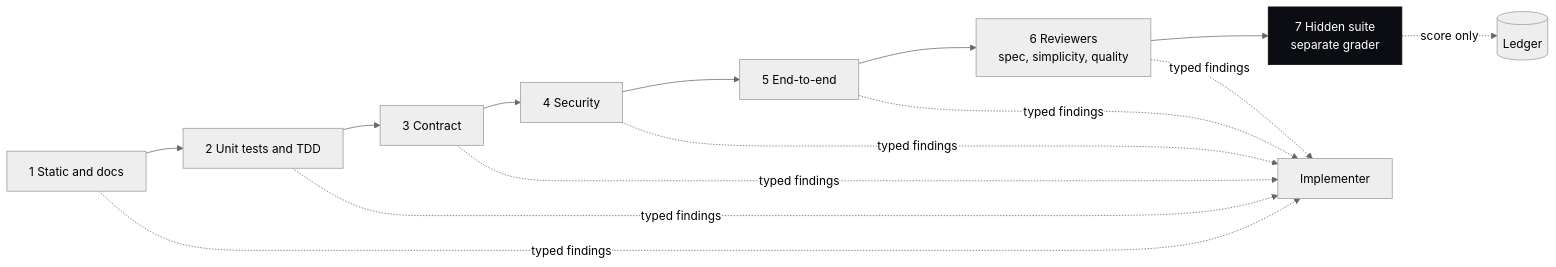
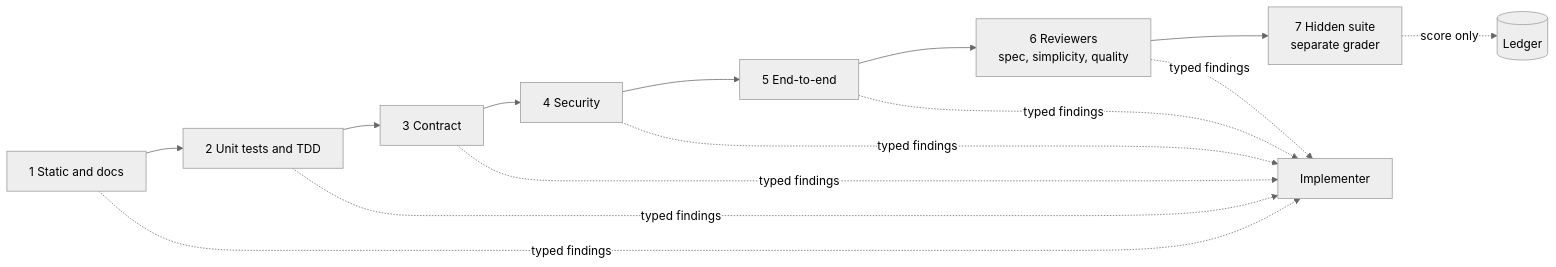
Before and after one commit to ouroboric-dev/yggdrasil: the diagram in docs/assets/diagrams/check-ladder.mmd, drawn with Mermaid (neutral theme). The commit also changed 24 other files, not shown here.

First line of the commit message:
docs(diagrams): token palette and Inter, light and dark renders (#2)

```diff
--- a/docs/assets/diagrams/check-ladder.mmd
+++ b/docs/assets/diagrams/check-ladder.mmd
@@ -1,6 +1,5 @@
 flowchart LR
   R1[1 Static and docs] --> R2[2 Unit tests and TDD] --> R3[3 Contract] --> R4[4 Security] --> R5[5 End-to-end] --> R6[6 Reviewers<br/>spec, simplicity, quality] --> R7[7 Hidden suite<br/>separate grader]
   R1 & R2 & R3 & R4 & R5 & R6 -. "typed findings" .-> IMP[Implementer]
   R7 -. "score only" .-> LED[(Ledger)]
-  classDef hidden fill:#0B0D12,color:#FFFFFF,stroke:#0B0D12
-  class R7 hidden
+  class R7 inverse
```
